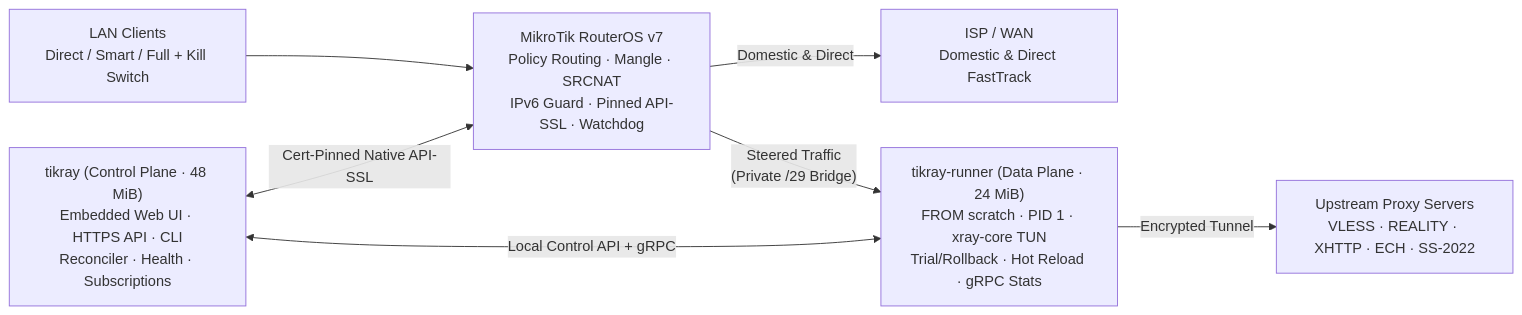
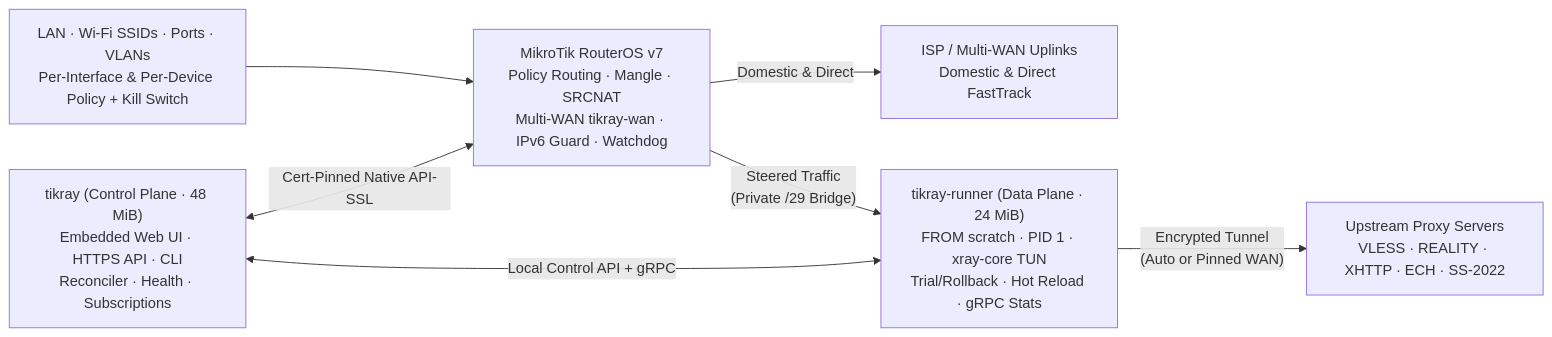
Before and after one commit to Arman2122/tikray: the diagram in README.md, drawn with Mermaid. The commit also changed other lines of this file and 9 other files, not shown here.

````diff
--- a/README.md
+++ b/README.md
@@ -94,16 +135,16 @@
 ```mermaid
 flowchart LR
-    LAN["LAN Clients<br/>Direct / Smart / Full + Kill Switch"]
-    ROS["MikroTik RouterOS v7<br/>Policy Routing · Mangle · SRCNAT<br/>IPv6 Guard · Pinned API-SSL · Watchdog"]
-    WAN["ISP / WAN<br/>Domestic &amp; Direct FastTrack"]
+    LAN["LAN · Wi-Fi SSIDs · Ports · VLANs<br/>Per-Interface &amp; Per-Device Policy + Kill Switch"]
+    ROS["MikroTik RouterOS v7<br/>Policy Routing · Mangle · SRCNAT<br/>Multi-WAN tikray-wan · IPv6 Guard · Watchdog"]
+    WAN["ISP / Multi-WAN Uplinks<br/>Domestic &amp; Direct FastTrack"]
     CTL["tikray (Control Plane · 48 MiB)<br/>Embedded Web UI · HTTPS API · CLI<br/>Reconciler · Health · Subscriptions"]
     RUN["tikray-runner (Data Plane · 24 MiB)<br/>FROM scratch · PID 1 · xray-core TUN<br/>Trial/Rollback · Hot Reload · gRPC Stats"]
     UP["Upstream Proxy Servers<br/>VLESS · REALITY · XHTTP · ECH · SS-2022"]
 
     LAN --> ROS
     ROS -- "Domestic & Direct" --> WAN
     ROS -- "Steered Traffic<br/>(Private /29 Bridge)" --> RUN
     CTL <-- "Cert-Pinned Native API-SSL" --> ROS
     CTL <-- "Local Control API + gRPC" --> RUN
-    RUN -- "Encrypted Tunnel" --> UP
+    RUN -- "Encrypted Tunnel<br/>(Auto or Pinned WAN)" --> UP
 ```
````
